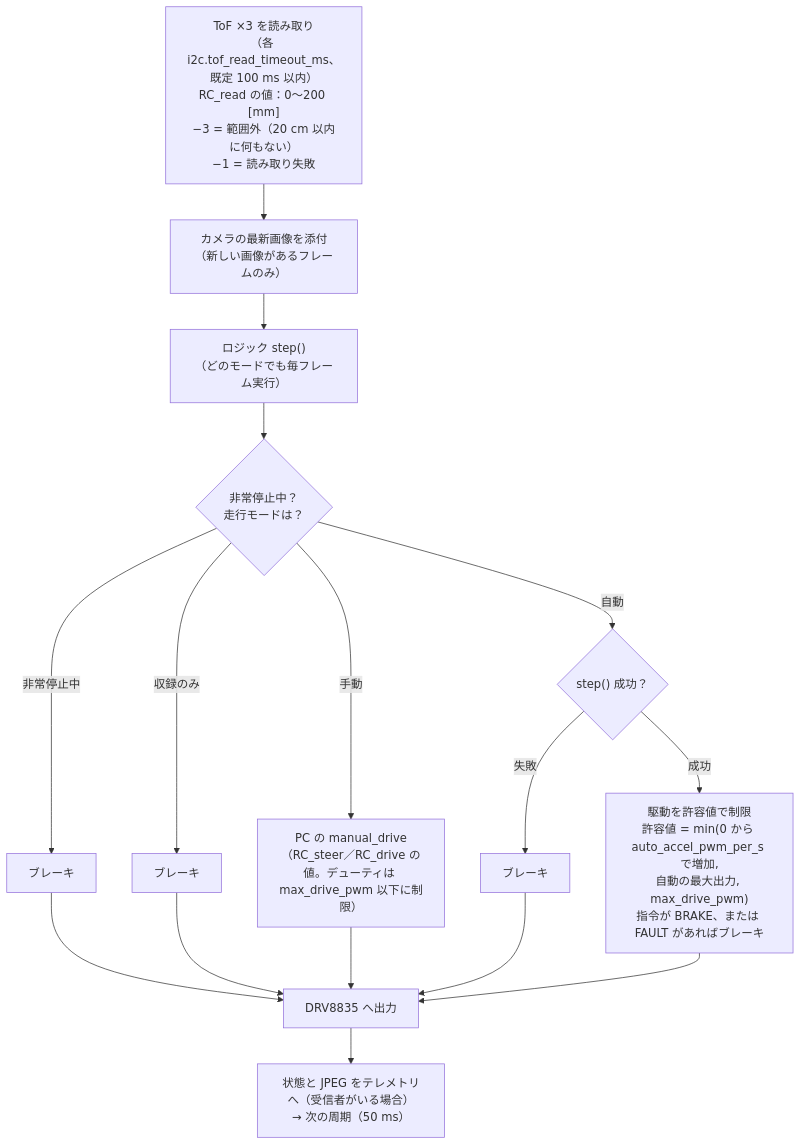
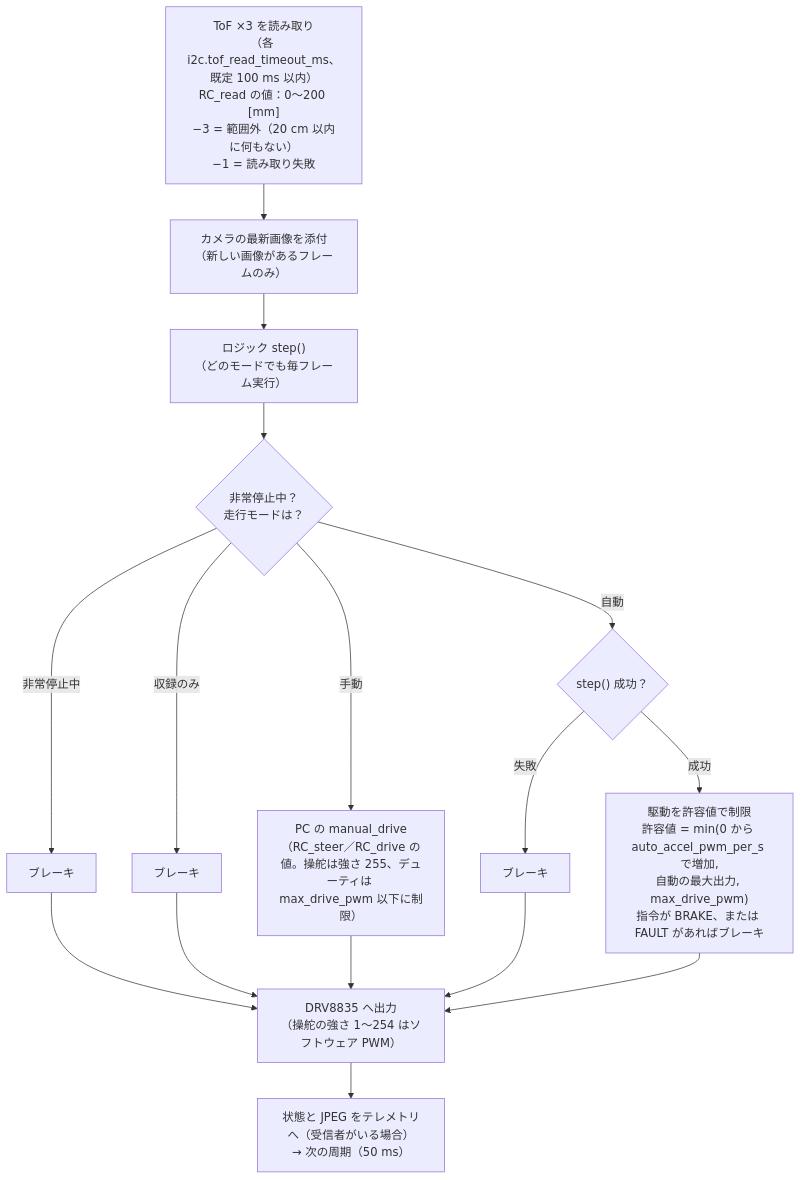
The diagram in docs/figures/ja/10-frame.mmd (RumiCar-group/RumiCar-Zero2Cam), drawn with Mermaid before and after one commit. The commit also changed 53 other files, not shown here.

First line of the commit message:
RC_steer の強さ（ABI 4）：RumiCar.py 0.6.0 の取り込み、操舵のソフトウェア PWM、収録・表示・判断データ（0.5.0）

```diff
--- a/docs/figures/ja/10-frame.mmd
+++ b/docs/figures/ja/10-frame.mmd
@@ -1,16 +1,16 @@
 flowchart TD
     A["ToF ×3 を読み取り<br/>（各 i2c.tof_read_timeout_ms、既定 100 ms 以内）<br/>RC_read の値：0〜200 [mm]<br/>−3 = 範囲外（20 cm 以内に何もない）<br/>−1 = 読み取り失敗"] --> B["カメラの最新画像を添付<br/>（新しい画像があるフレームのみ）"]
     B --> C["ロジック step()<br/>（どのモードでも毎フレーム実行）"]
     C --> E{"非常停止中？<br/>走行モードは？"}
     E -->|"非常停止中"| B1["ブレーキ"]
     E -->|"収録のみ"| B2["ブレーキ"]
-    E -->|"手動"| H["PC の manual_drive<br/>（RC_steer／RC_drive の値。デューティは max_drive_pwm 以下に制限）"]
+    E -->|"手動"| H["PC の manual_drive<br/>（RC_steer／RC_drive の値。操舵は強さ 255、デューティは max_drive_pwm 以下に制限）"]
     E -->|"自動"| F{"step() 成功？"}
     F -->|"失敗"| B3["ブレーキ"]
     F -->|"成功"| G["駆動を許容値で制限<br/>許容値 = min(0 から auto_accel_pwm_per_s で増加,<br/>自動の最大出力, max_drive_pwm)<br/>指令が BRAKE、または FAULT があればブレーキ"]
-    B1 --> MO["DRV8835 へ出力"]
+    B1 --> MO["DRV8835 へ出力<br/>（操舵の強さ 1〜254 はソフトウェア PWM）"]
     B2 --> MO
     B3 --> MO
     H --> MO
     G --> MO
     MO --> T["状態と JPEG をテレメトリへ（受信者がいる場合）<br/>→ 次の周期（50 ms）"]
```
